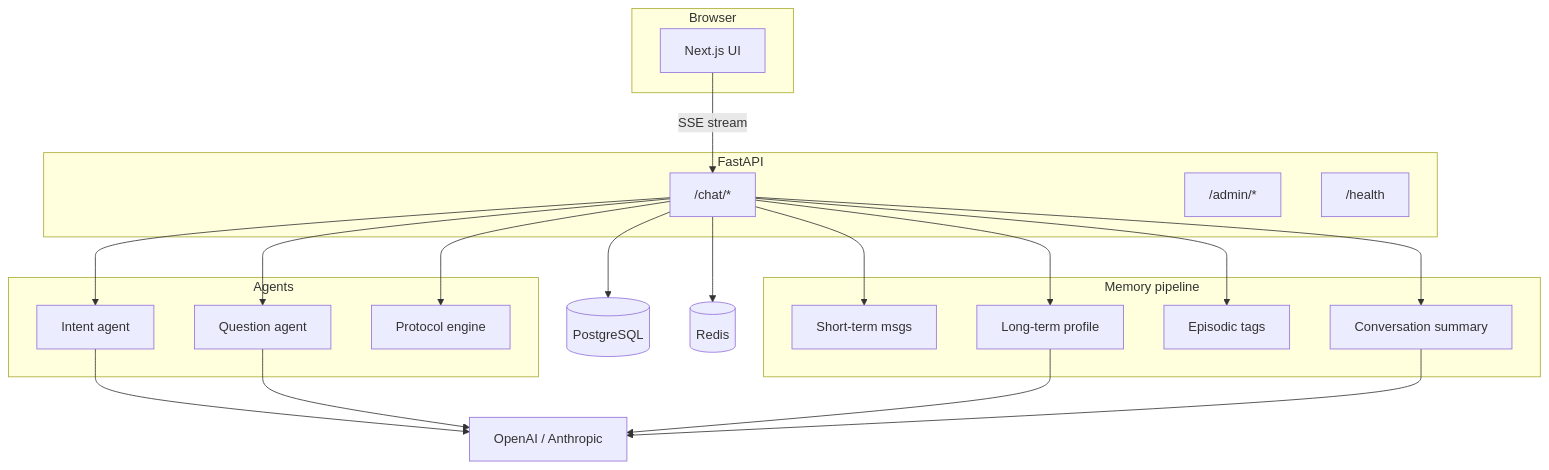
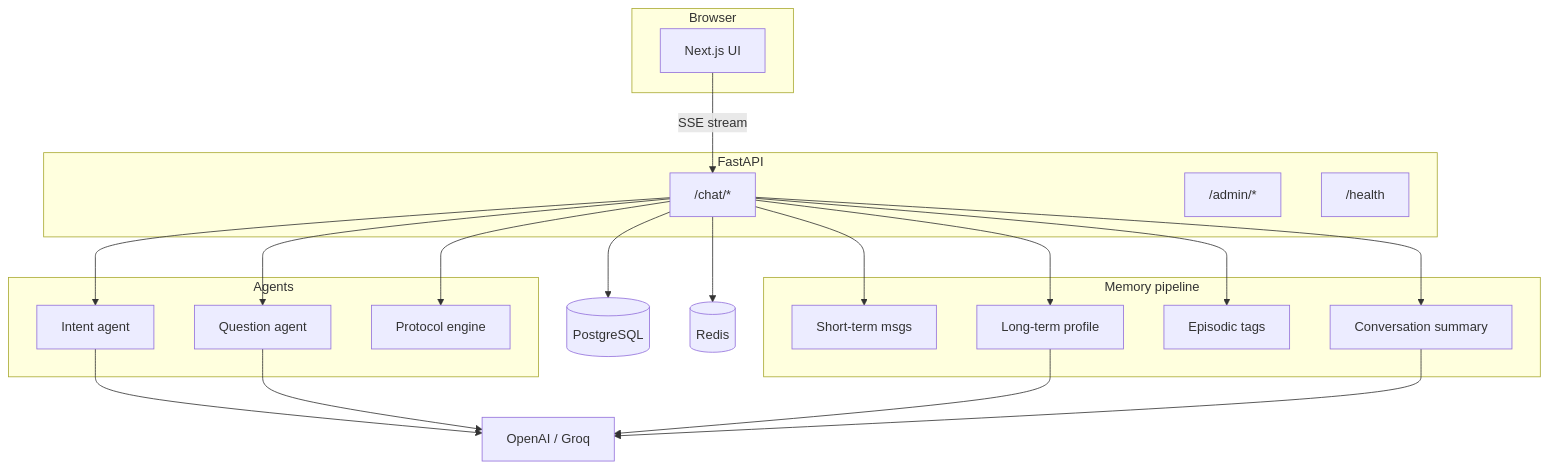
One commit to HUSS41N/AI-Health-Coach changed the diagram in README.md. Above: the diagram before and after it, drawn with Mermaid. The commit also changed other lines of this file and 8 other files, not shown here.

````diff
--- a/README.md
+++ b/README.md
@@ -25,36 +25,36 @@
 ```mermaid
 flowchart TB
   subgraph client [Browser]
     UI[Next.js UI]
   end
   subgraph api [FastAPI]
     CHAT["/chat/*"]
     ADM["/admin/*"]
     HLTH["/health"]
   end
   subgraph mem [Memory pipeline]
     ST[Short-term msgs]
     LT[Long-term profile]
     EP[Episodic tags]
     SM[Conversation summary]
   end
   subgraph agents [Agents]
     INT[Intent agent]
     QA[Question agent]
     PROT[Protocol engine]
   end
   UI -->|SSE stream| CHAT
   CHAT --> ST
   CHAT --> LT
   CHAT --> EP
   CHAT --> SM
   CHAT --> INT
   CHAT --> QA
   CHAT --> PROT
   CHAT --> PG[(PostgreSQL)]
   CHAT --> RD[(Redis)]
-  INT --> LLM1[OpenAI / Anthropic]
+  INT --> LLM1[OpenAI / Groq]
   QA --> LLM1
   LT --> LLM1
   SM --> LLM1
 ```
````
